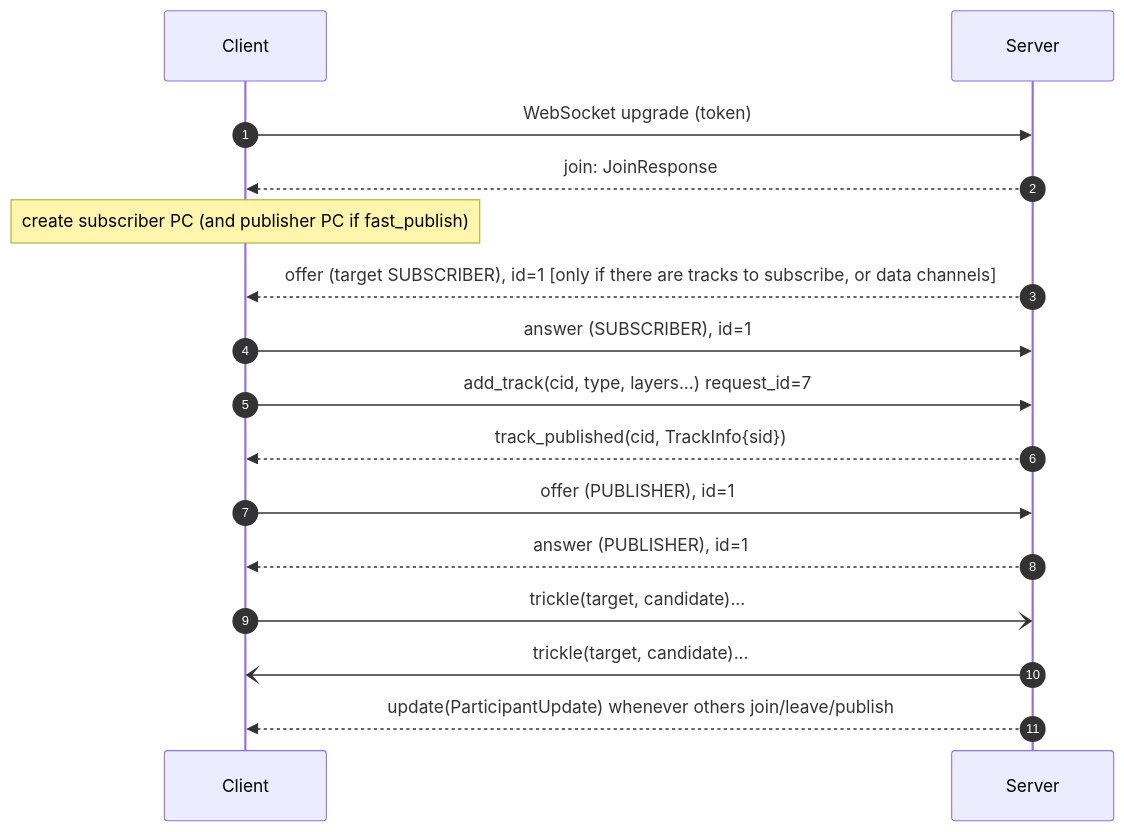
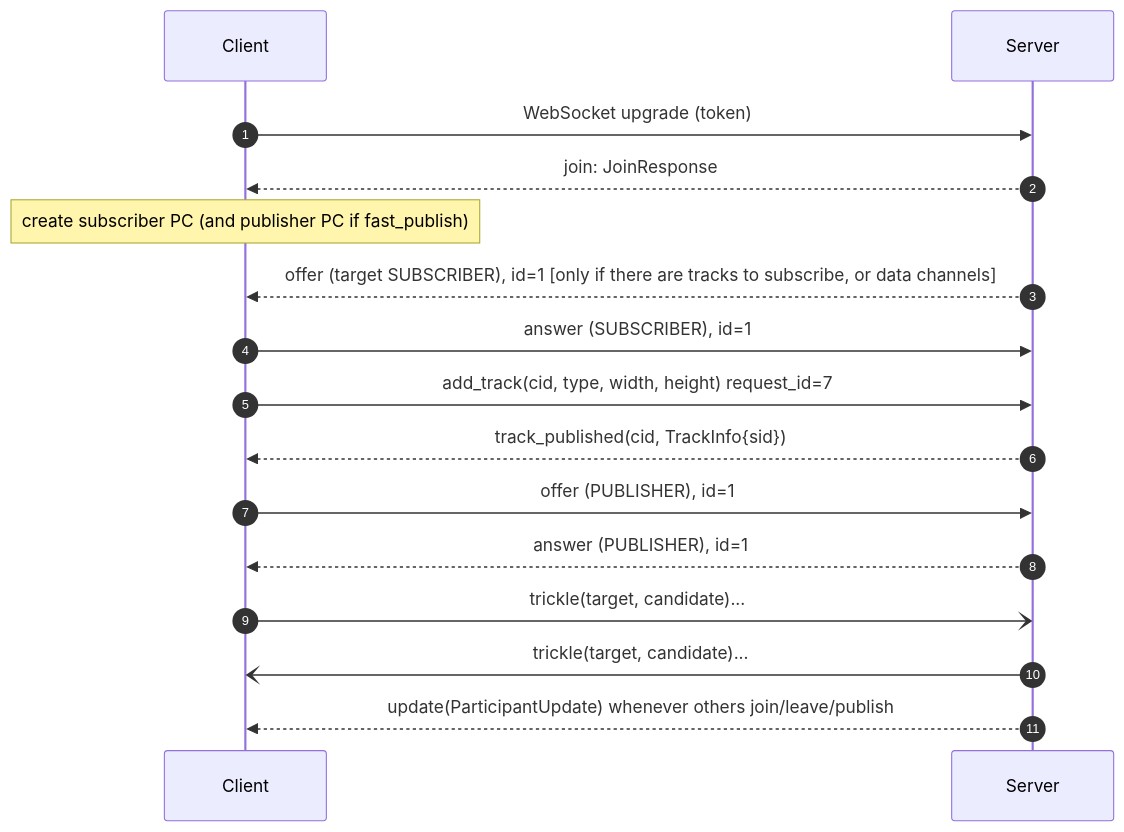
The first of 2 diagrams in docs/PROTOCOL.md (KeshavGoyal26/tessera), drawn with Mermaid before and after one commit. The commit also changed other lines of this file and 88 other files, not shown here.

````diff
--- a/docs/PROTOCOL.md
+++ b/docs/PROTOCOL.md
@@ -65,18 +65,18 @@
 ```mermaid
 sequenceDiagram
   autonumber
   participant C as Client
   participant S as Server
   C->>S: WebSocket upgrade (token)
   S-->>C: join: JoinResponse
   Note over C: create subscriber PC (and publisher PC if fast_publish)
   S-->>C: offer (target SUBSCRIBER), id=1  [only if there are tracks to subscribe, or data channels]
   C->>S: answer (SUBSCRIBER), id=1
-  C->>S: add_track(cid, type, layers...) request_id=7
+  C->>S: add_track(cid, type, width, height) request_id=7
   S-->>C: track_published(cid, TrackInfo{sid})
   C->>S: offer (PUBLISHER), id=1
   S-->>C: answer (PUBLISHER), id=1
   C-)S: trickle(target, candidate)...
   S-)C: trickle(target, candidate)...
   S-->>C: update(ParticipantUpdate) whenever others join/leave/publish
 ```
````
